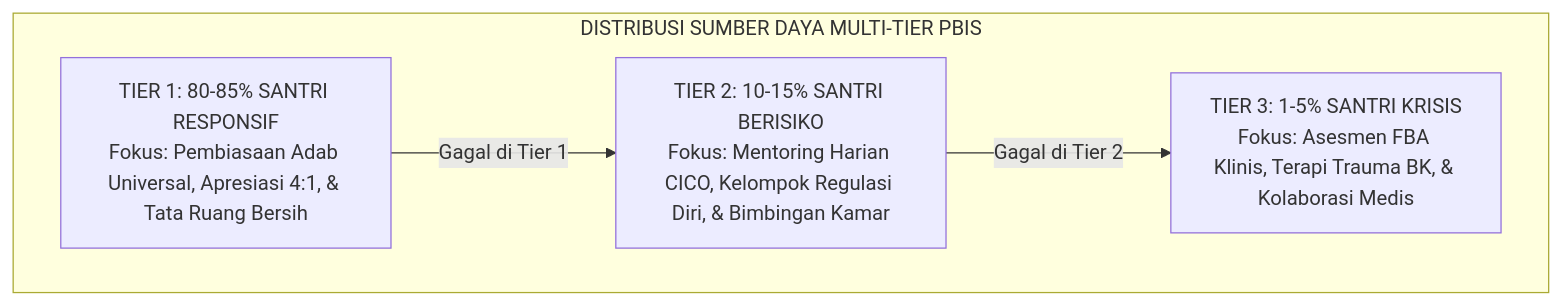
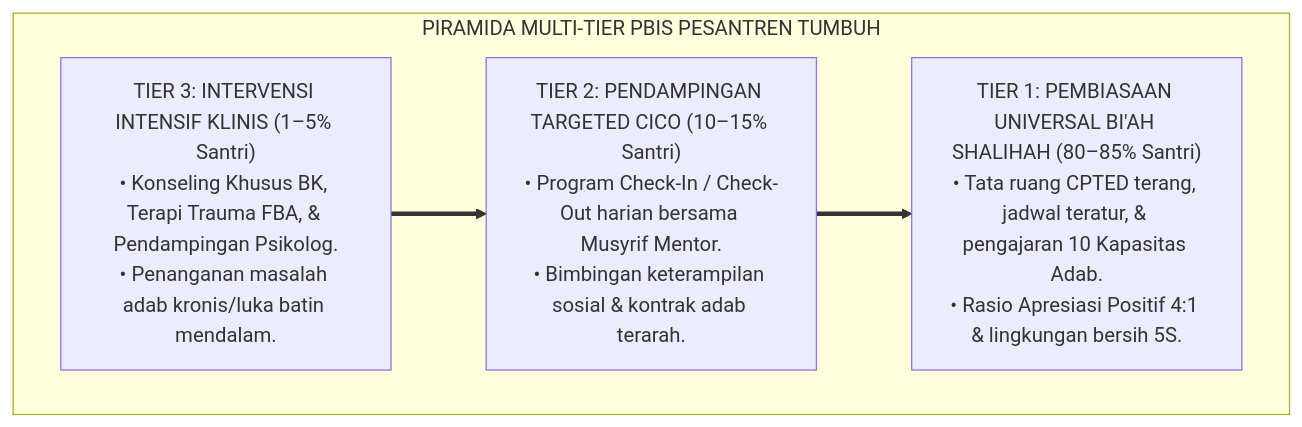
One commit to wandiapriliyandi/tumbuh changed the second of 4 diagrams in 02 Principles/01 Core Principles/P2-01-05-Prinsip-Sistemik-Multi-Tier-PBIS.md. Above: the diagram before and after it, drawn with Mermaid. The commit also changed other lines of this file and 7 other files, not shown here.

````diff
--- a/02 Principles/01 Core Principles/P2-01-05-Prinsip-Sistemik-Multi-Tier-PBIS.md
+++ b/02 Principles/01 Core Principles/P2-01-05-Prinsip-Sistemik-Multi-Tier-PBIS.md
@@ -175,11 +124,13 @@
 ```mermaid
-graph TD
-    subgraph PiramidaProporsional["DISTRIBUSI SUMBER DAYA MULTI-TIER PBIS"]
-        T1["TIER 1: 80-85% SANTRI RESPONSIF<br/>Fokus: Pembiasaan Adab Universal, Apresiasi 4:1, & Tata Ruang Bersih"]
-        T2["TIER 2: 10-15% SANTRI BERISIKO<br/>Fokus: Mentoring Harian CICO, Kelompok Regulasi Diri, & Bimbingan Kamar"]
-        T3["TIER 3: 1-5% SANTRI KRISIS<br/>Fokus: Asesmen FBA Klinis, Terapi Trauma BK, & Kolaborasi Medis"]
+flowchart TD
+    subgraph PiramidaMultiTierTUMBUH["PIRAMIDA MULTI-TIER PBIS PESANTREN TUMBUH"]
         
-        T1 -->|Gagal di Tier 1| T2
-        T2 -->|Gagal di Tier 2| T3
+        Tier3["TIER 3: INTERVENSI INTENSIF KLINIS (1–5% Santri)<br/>• Konseling Khusus BK, Terapi Trauma FBA, & Pendampingan Psikolog.<br/>• Penanganan masalah adab kronis/luka batin mendalam."]
+        
+        Tier2["TIER 2: PENDAMPINGAN TARGETED CICO (10–15% Santri)<br/>• Program Check-In / Check-Out harian bersama Musyrif Mentor.<br/>• Bimbingan keterampilan sosial & kontrak adab terarah."]
+        
+        Tier1["TIER 1: PEMBIASAAN UNIVERSAL BI'AH SHALIHAH (80–85% Santri)<br/>• Tata ruang CPTED terang, jadwal teratur, & pengajaran 10 Kapasitas Adab.<br/>• Rasio Apresiasi Positif 4:1 & lingkungan bersih 5S."]
+        
+        Tier3 ==> Tier2 ==> Tier1
     end
 ```
````
